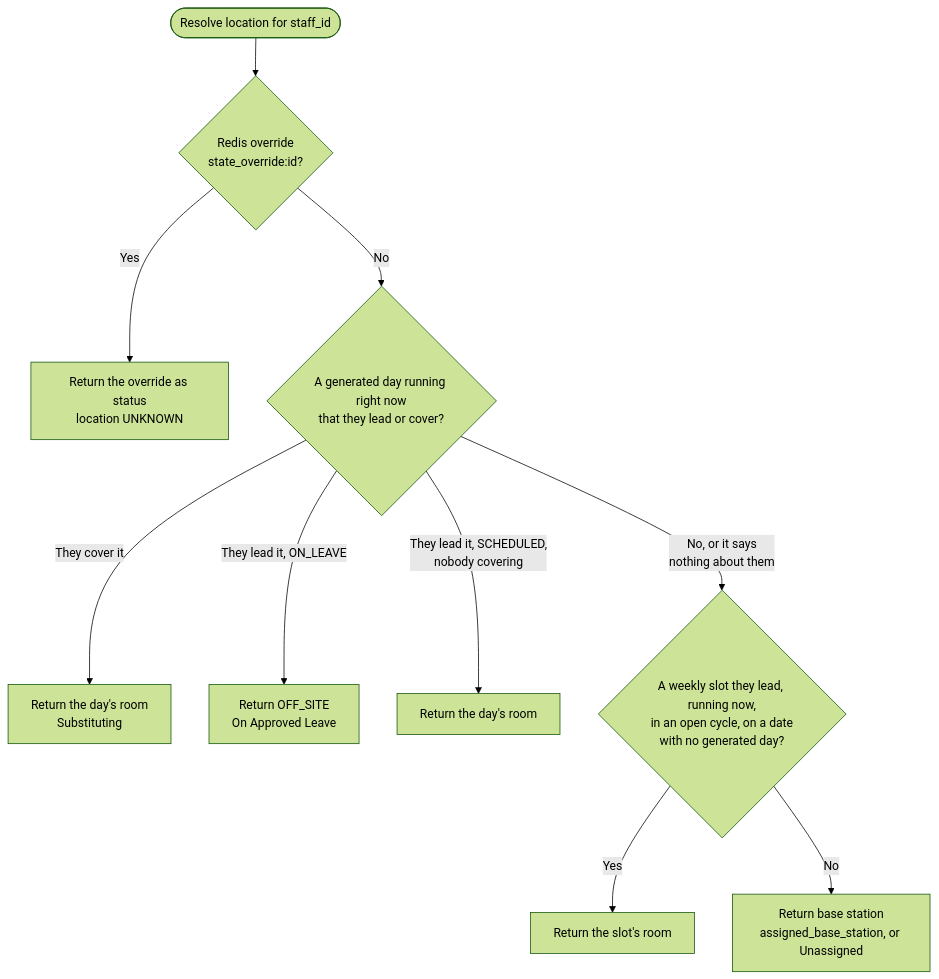
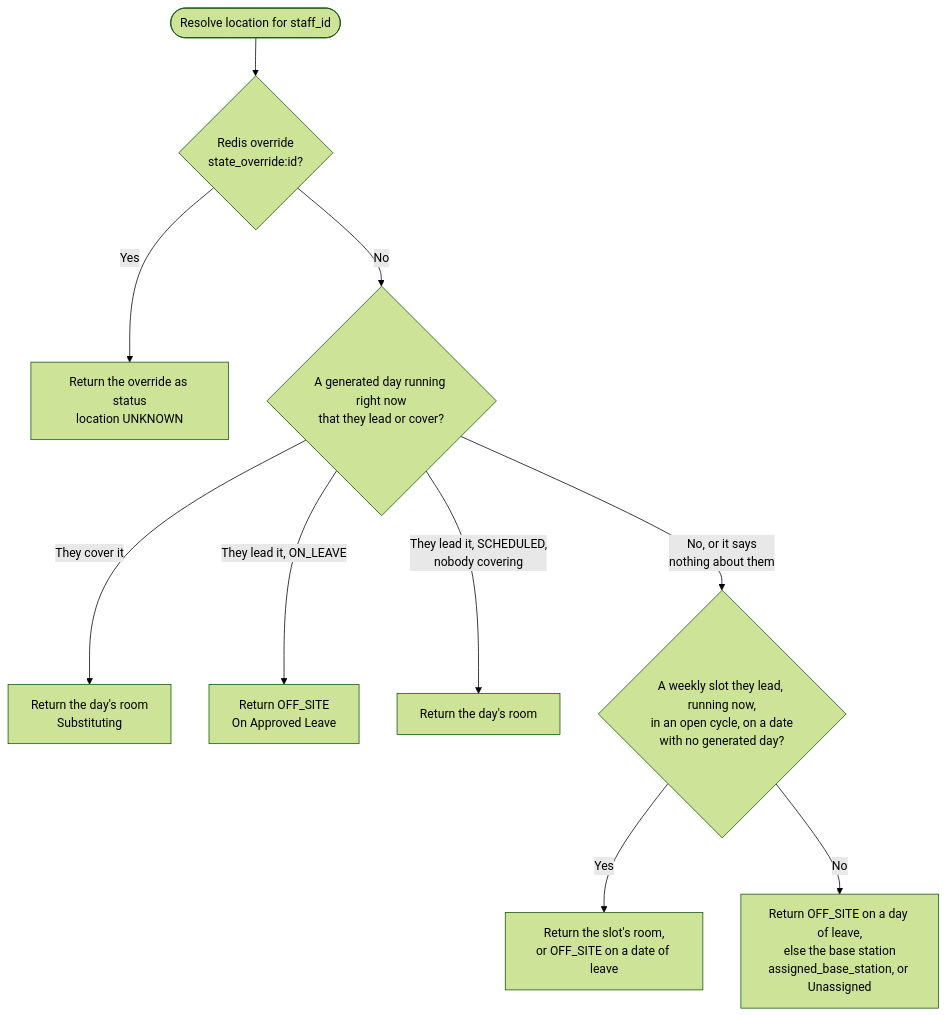
Before and after one commit to Life-Experimentalist/Chronos-Ledger: the third of 5 diagrams in docs/architecture.md, drawn with Mermaid (forest theme). The commit also changed other lines of this file and 4 other files, not shown here.

````diff
--- a/docs/architecture.md
+++ b/docs/architecture.md
@@ -116,20 +116,20 @@
 ```mermaid
 flowchart TD
     Start([Resolve location for staff_id]) --> R1
 
     R1{Redis override<br/>state_override:id?}
     R1 -->|Yes| RET1[Return the override as status<br/>location UNKNOWN]
     R1 -->|No| R2
 
     R2{A generated day running right now<br/>that they lead or cover?}
     R2 -->|They cover it| RET2C[Return the day's room<br/>Substituting]
     R2 -->|They lead it, ON_LEAVE| RET2[Return OFF_SITE<br/>On Approved Leave]
     R2 -->|They lead it, SCHEDULED,<br/>nobody covering| RET2B[Return the day's room]
     R2 -->|No, or it says<br/>nothing about them| R3
 
     R3{A weekly slot they lead, running now,<br/>in an open cycle, on a date<br/>with no generated day?}
-    R3 -->|Yes| RET3[Return the slot's room]
+    R3 -->|Yes| RET3[Return the slot's room,<br/>or OFF_SITE on a date of leave]
     R3 -->|No| R4
 
-    R4[Return base station<br/>assigned_base_station, or Unassigned]
+    R4[Return OFF_SITE on a day of leave,<br/>else the base station<br/>assigned_base_station, or Unassigned]
 ```
````
